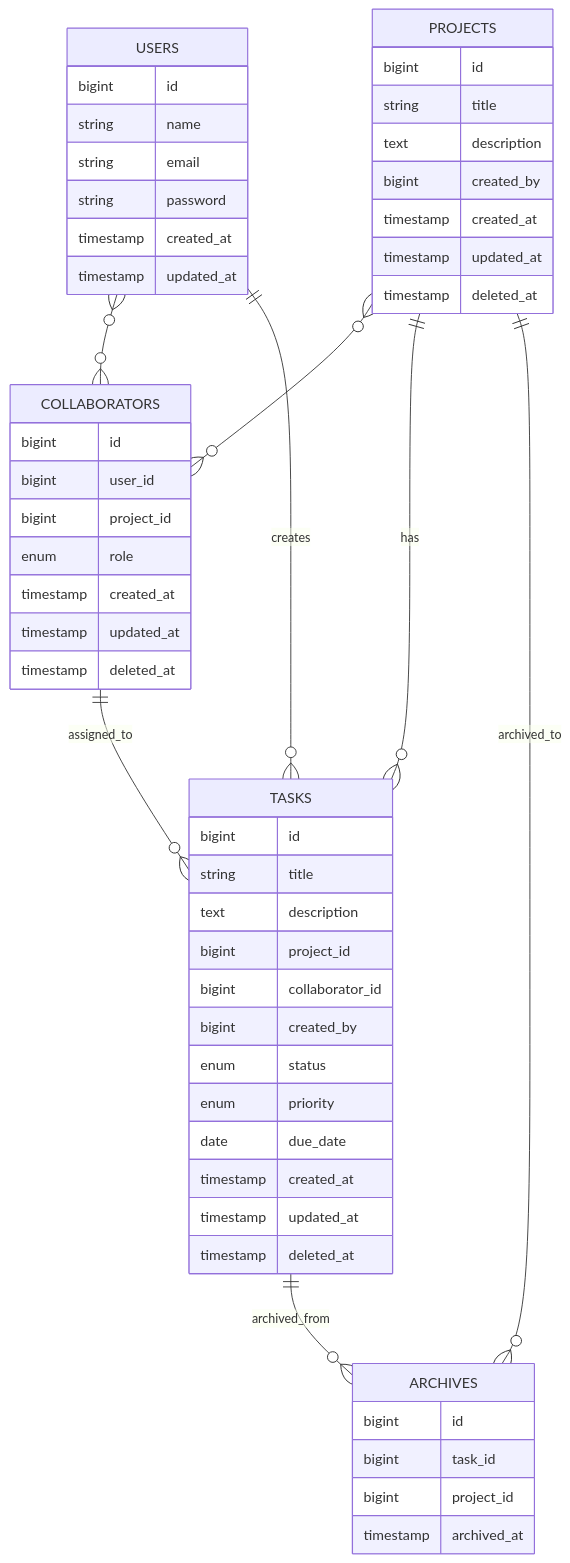
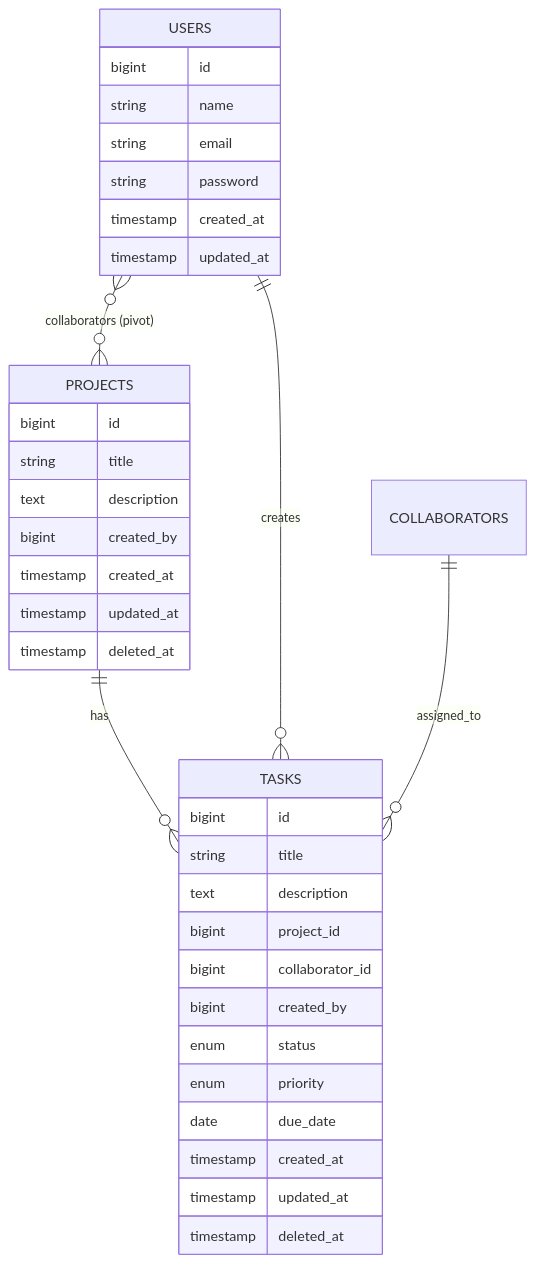
Before and after one commit to IBamou/DevTrack: the diagram in docs/DATABASE.md, drawn with Mermaid. The commit also changed other lines of this file and 3 other files, not shown here.

Commit message:
refactor: remove archives table, use softDeletes on projects

````diff
--- a/docs/DATABASE.md
+++ b/docs/DATABASE.md
@@ -5,61 +5,41 @@
 ```mermaid
 erDiagram
-    USERS }o--o{ COLLABORATORS : ""
+    USERS }o--o{ PROJECTS : "collaborators (pivot)"
+    PROJECTS ||--o{ TASKS : "has"
     USERS ||--o{ TASKS : "creates"
-    PROJECTS }o--o{ COLLABORATORS : ""
-    PROJECTS ||--o{ TASKS : "has"
-    PROJECTS ||--o{ ARCHIVES : "archived_to"
     COLLABORATORS ||--o{ TASKS : "assigned_to"
-    TASKS ||--o{ ARCHIVES : "archived_from"
 
     USERS {
         bigint id
         string name
         string email
         string password
         timestamp created_at
         timestamp updated_at
     }
 
     PROJECTS {
         bigint id
         string title
         text description
         bigint created_by
         timestamp created_at
         timestamp updated_at
         timestamp deleted_at
     }
 
-    COLLABORATORS {
-        bigint id
-        bigint user_id
-        bigint project_id
-        enum role
-        timestamp created_at
-        timestamp updated_at
-        timestamp deleted_at
-    }
-
     TASKS {
         bigint id
         string title
         text description
         bigint project_id
         bigint collaborator_id
         bigint created_by
         enum status
         enum priority
         date due_date
         timestamp created_at
         timestamp updated_at
         timestamp deleted_at
     }
-
-    ARCHIVES {
-        bigint id
-        bigint task_id
-        bigint project_id
-        timestamp archived_at
-    }
 ```
````
